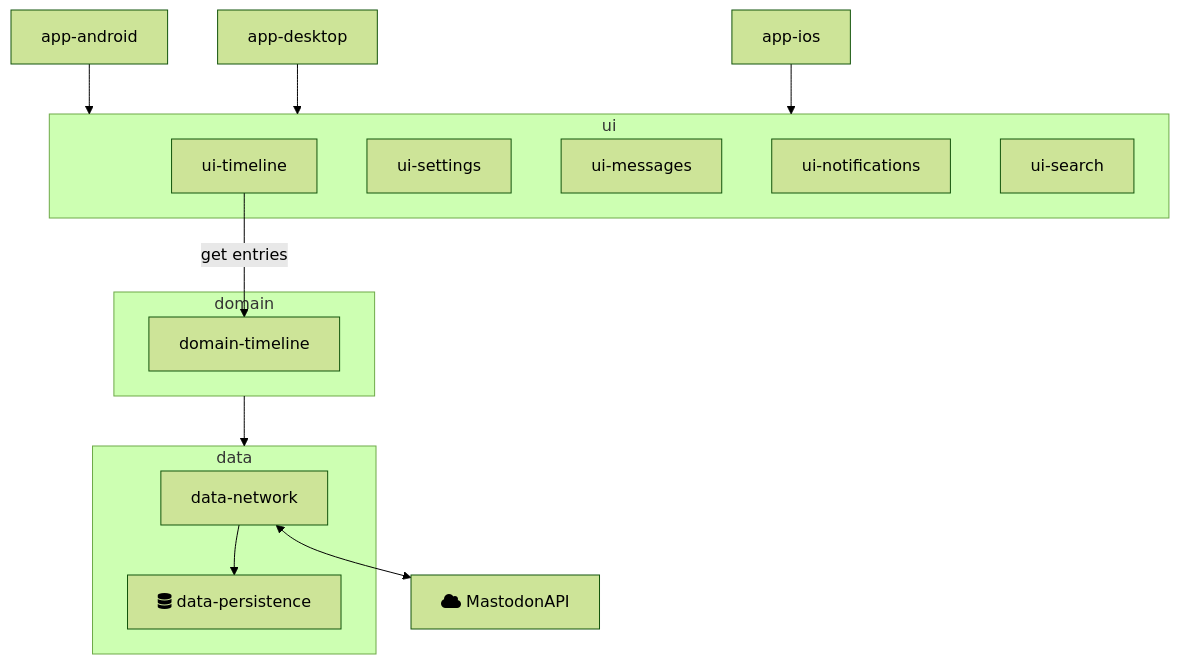
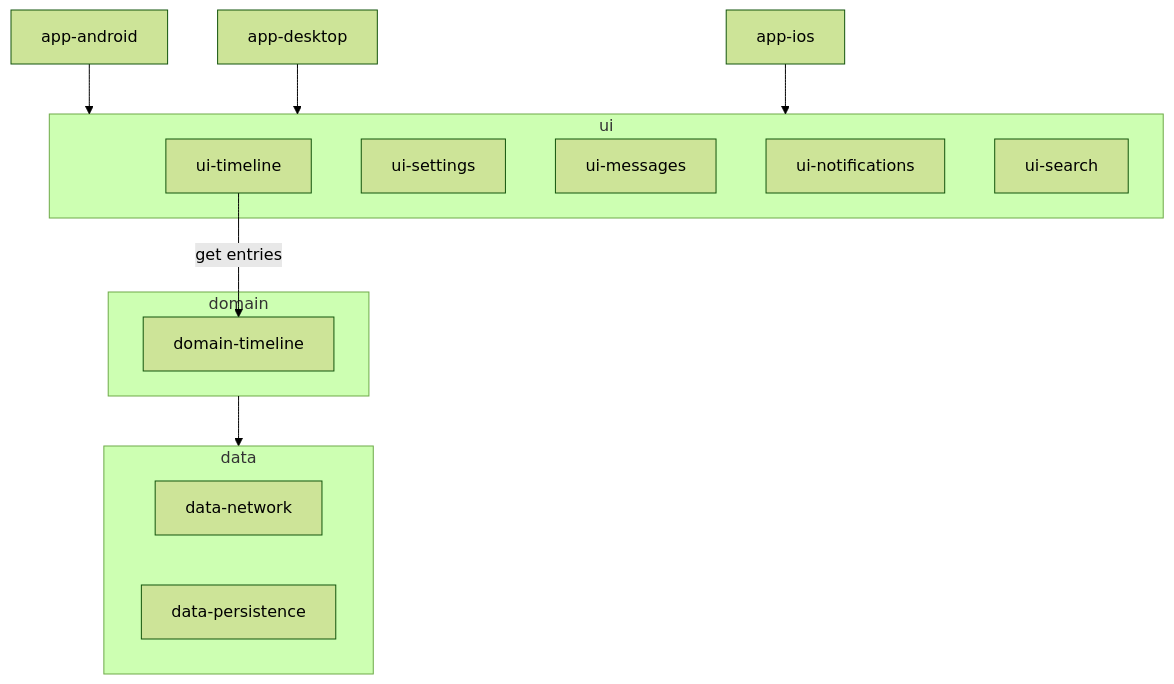
Before and after one commit to AndroidDev-social/DodoForMastodon: the diagram in README.md, drawn with Mermaid (forest theme).

Commit message:
reduce mermaid due to render issue

````diff
--- a/README.md
+++ b/README.md
@@ -44,32 +44,28 @@
 ```mermaid
 graph TD
     app-android --> ui
     app-desktop --> ui
     app-ios --> ui
 
     
     ui-timeline --> |get entries| domain-timeline
 
     subgraph ui
         ui-timeline
         ui-settings
         ui-messages
         ui-notifications
         ui-search
     end
     
     subgraph domain
         domain-timeline
     end
 
     subgraph data
         data-network
         data-persistence
     end
 
     domain --> data
-
-    data-network --> data-persistence[fa:fa-database data-persistence]
-
-    data-network <--> Y[fa:fa-cloud MastodonAPI]
 ```
````
